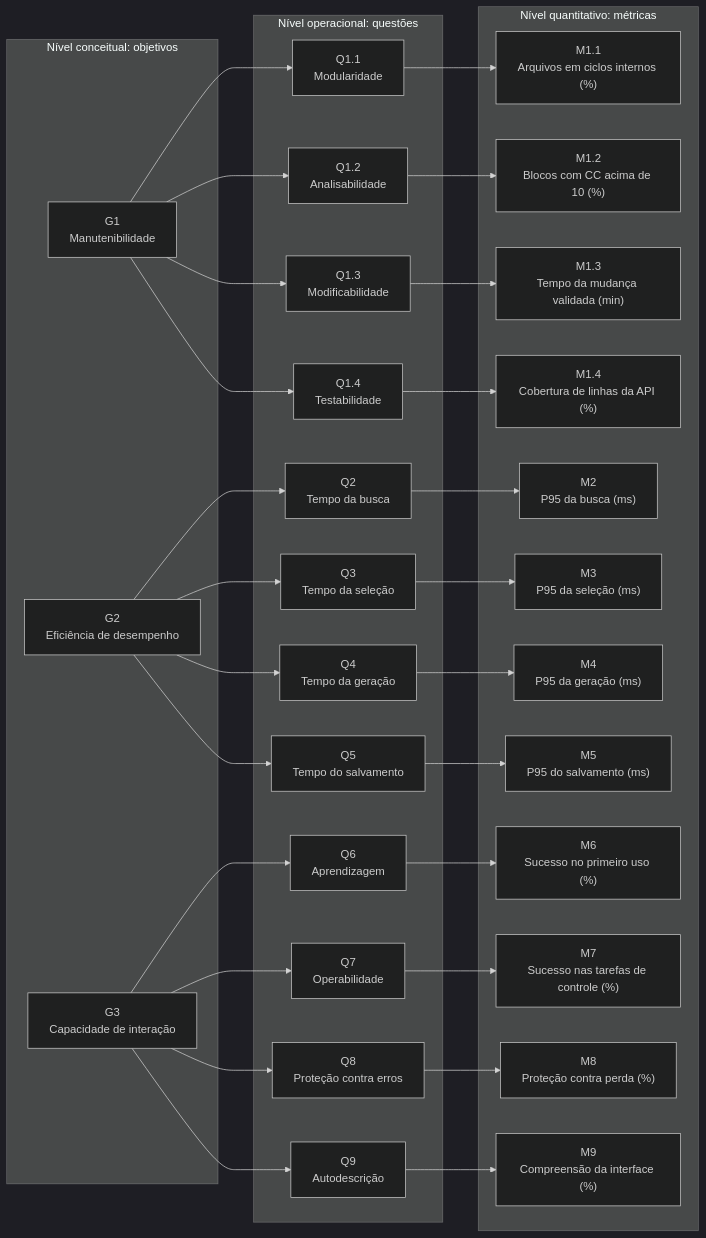
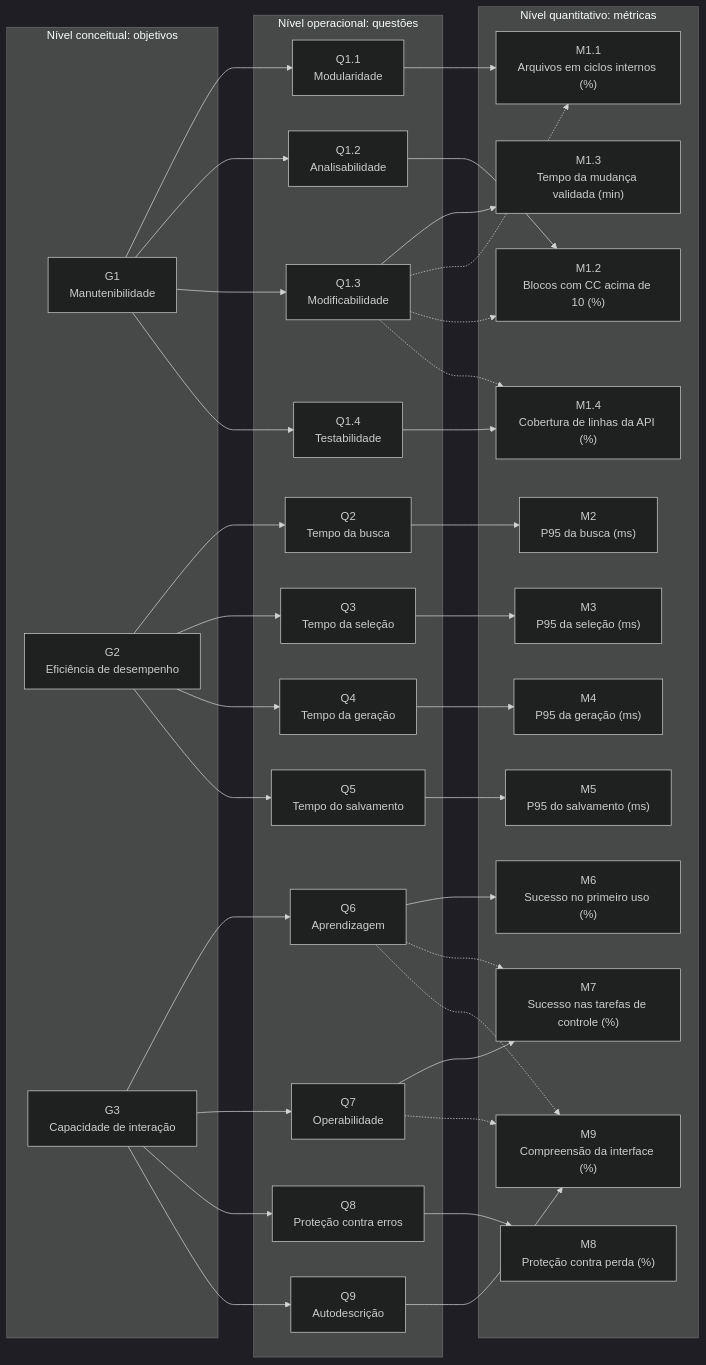
The diagram in docs/fase-2.md (FCTE-Qualidade-de-Software-1/2026-2_T02_ELIZABETH_FRIEDMAN), drawn with Mermaid (dark theme) before and after one commit. The commit also changed other lines of this file, not shown here.

Commit message:
docs: adiciona questões apoiadas e esclarecimentos sobre métricas na Fase 2

````diff
--- a/docs/fase-2.md
+++ b/docs/fase-2.md
@@ -898,58 +915,65 @@
 ```mermaid
 flowchart LR
     accTitle: Hierarquia GQM da avaliação do Sua Grade UnB
-    accDescr: Três objetivos se desdobram em doze questões e doze métricas. G1, Manutenibilidade, tem as questões Q1.1 a Q1.4 e as métricas M1.1 a M1.4. G2, Eficiência de desempenho, tem as questões Q2 a Q5 e as métricas M2 a M5. G3, Capacidade de interação, tem as questões Q6 a Q9 e as métricas M6 a M9. Cada questão se liga a uma única métrica.
+    accDescr: Três objetivos se desdobram em doze questões e doze métricas. G1, Manutenibilidade, tem as questões Q1.1 a Q1.4 e as métricas M1.1 a M1.4. G2, Eficiência de desempenho, tem as questões Q2 a Q5 e as métricas M2 a M5. G3, Capacidade de interação, tem as questões Q6 a Q9 e as métricas M6 a M9. Linhas contínuas indicam métricas principais. Linhas tracejadas indicam apoio complementar de M1.1, M1.2 e M1.4 a Q1.3, de M7 a Q6 e de M9 a Q6 e Q7.
 
     subgraph Conceitual["Nível conceitual: objetivos"]
         G1["G1<br/>Manutenibilidade"]
         G2["G2<br/>Eficiência de desempenho"]
         G3["G3<br/>Capacidade de interação"]
     end
 
     subgraph Operacional["Nível operacional: questões"]
         Q11["Q1.1<br/>Modularidade"]
         Q12["Q1.2<br/>Analisabilidade"]
         Q13["Q1.3<br/>Modificabilidade"]
         Q14["Q1.4<br/>Testabilidade"]
         Q2["Q2<br/>Tempo da busca"]
         Q3["Q3<br/>Tempo da seleção"]
         Q4["Q4<br/>Tempo da geração"]
         Q5["Q5<br/>Tempo do salvamento"]
         Q6["Q6<br/>Aprendizagem"]
         Q7["Q7<br/>Operabilidade"]
         Q8["Q8<br/>Proteção contra erros"]
         Q9["Q9<br/>Autodescrição"]
     end
 
     subgraph Quantitativo["Nível quantitativo: métricas"]
         M11["M1.1<br/>Arquivos em ciclos internos (%)"]
         M12["M1.2<br/>Blocos com CC acima de 10 (%)"]
         M13["M1.3<br/>Tempo da mudança validada (min)"]
         M14["M1.4<br/>Cobertura de linhas da API (%)"]
         M2["M2<br/>P95 da busca (ms)"]
         M3["M3<br/>P95 da seleção (ms)"]
         M4["M4<br/>P95 da geração (ms)"]
         M5["M5<br/>P95 do salvamento (ms)"]
         M6["M6<br/>Sucesso no primeiro uso (%)"]
         M7["M7<br/>Sucesso nas tarefas de controle (%)"]
         M8["M8<br/>Proteção contra perda (%)"]
         M9["M9<br/>Compreensão da interface (%)"]
     end
 
     G1 --> Q11 & Q12 & Q13 & Q14
     G2 --> Q2 & Q3 & Q4 & Q5
     G3 --> Q6 & Q7 & Q8 & Q9
 
     Q11 --> M11
     Q12 --> M12
     Q13 --> M13
     Q14 --> M14
     Q2 --> M2
     Q3 --> M3
     Q4 --> M4
     Q5 --> M5
     Q6 --> M6
     Q7 --> M7
     Q8 --> M8
     Q9 --> M9
+
+    Q13 -.-> M11
+    Q13 -.-> M12
+    Q13 -.-> M14
+    Q6 -.-> M7
+    Q6 -.-> M9
+    Q7 -.-> M9
 ```
````
